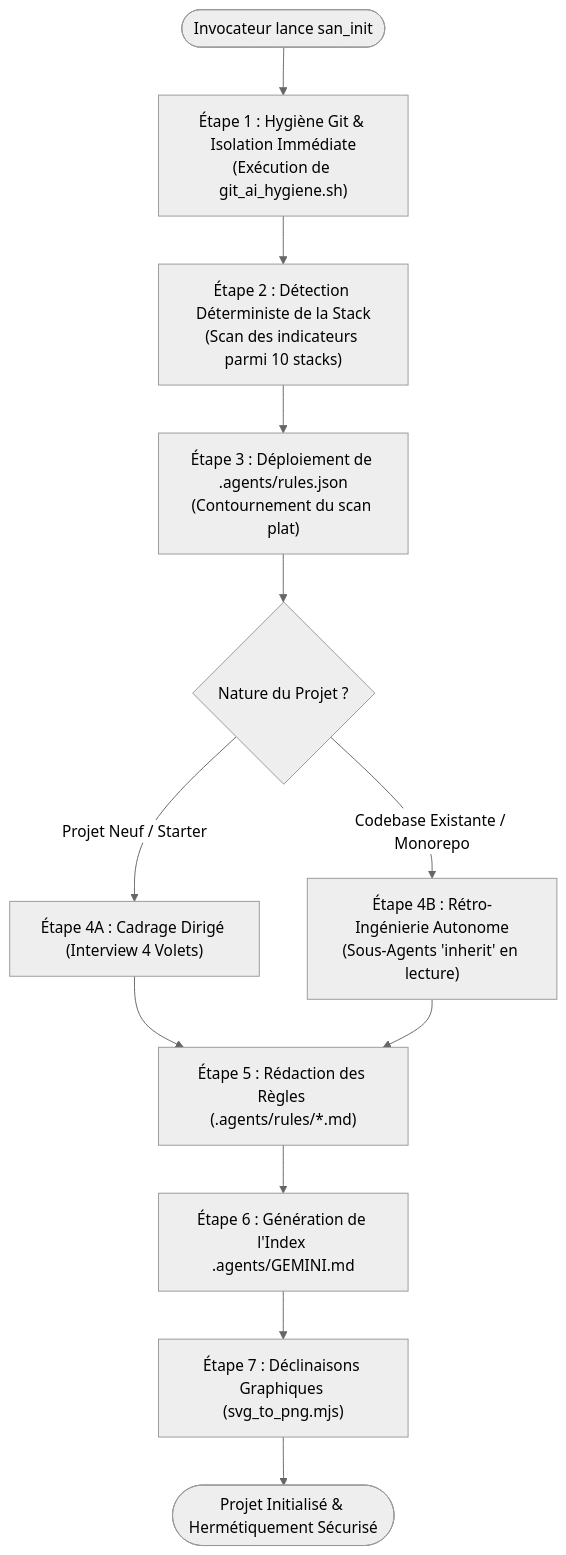
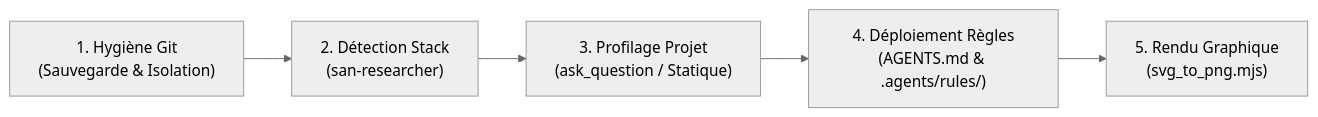
The diagram in src/skills/san_init/SKILL.md (alexsan-dev/san_agy_framework), drawn with Mermaid (neutral theme) before and after one commit. The commit also changed other lines of this file and 114 other files, not shown here.

````diff
--- a/src/skills/san_init/SKILL.md
+++ b/src/skills/san_init/SKILL.md
@@ -46,17 +14,7 @@
 ```mermaid
-flowchart TD
-    Start(["Invocateur lance san_init"]) --> Step1["Étape 1 : Hygiène Git & Isolation Immédiate\n(Exécution de git_ai_hygiene.sh)"]
-    Step1 --> Step2["Étape 2 : Détection Déterministe de la Stack\n(Scan des indicateurs parmi 10 stacks)"]
-    Step2 --> Step3["Étape 3 : Déploiement de .agents/rules.json\n(Contournement du scan plat)"]
-    Step3 --> BranchCase{"Nature du Projet ?"}
-    
-    BranchCase -->|"Projet Neuf / Starter"| Step4A["Étape 4A : Cadrage Dirigé (Interview 4 Volets)"]
-    BranchCase -->|"Codebase Existante / Monorepo"| Step4B["Étape 4B : Rétro-Ingénierie Autonome\n(Sous-Agents 'inherit' en lecture)"]
-    
-    Step4A --> Step5["Étape 5 : Rédaction des Règles (.agents/rules/*.md)"]
-    Step4B --> Step5
-    
-    Step5 --> Step6["Étape 6 : Génération de l'Index .agents/GEMINI.md"]
-    Step6 --> Step7["Étape 7 : Déclinaisons Graphiques (svg_to_png.mjs)"]
-    Step7 --> EndDone(["Projet Initialisé & Hermétiquement Sécurisé"])
+flowchart LR
+    E1["1. Hygiène Git\n(Sauvegarde & Isolation)"] --> E2["2. Détection Stack\n(san-researcher)"]
+    E2 --> E3["3. Profilage Projet\n(ask_question / Statique)"]
+    E3 --> E4["4. Déploiement Règles\n(AGENTS.md & .agents/rules/)"]
+    E4 --> E5["5. Rendu Graphique\n(svg_to_png.mjs)"]
 ```
````
